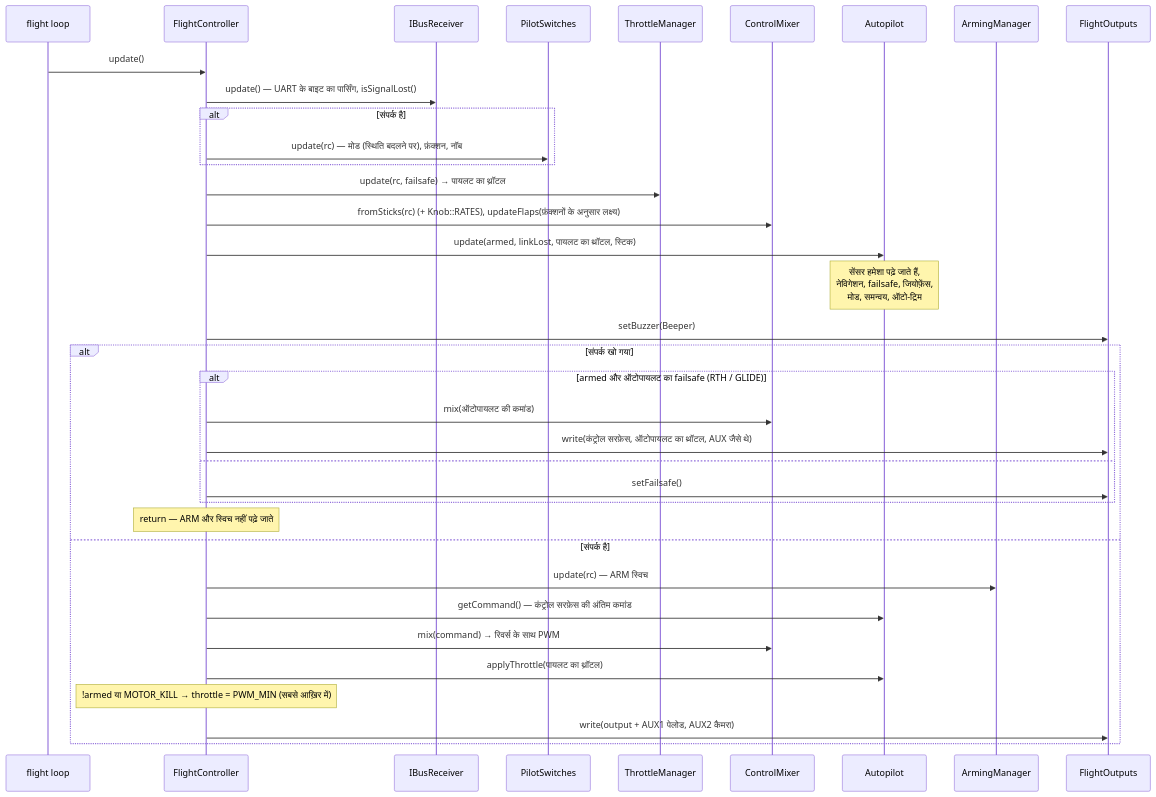
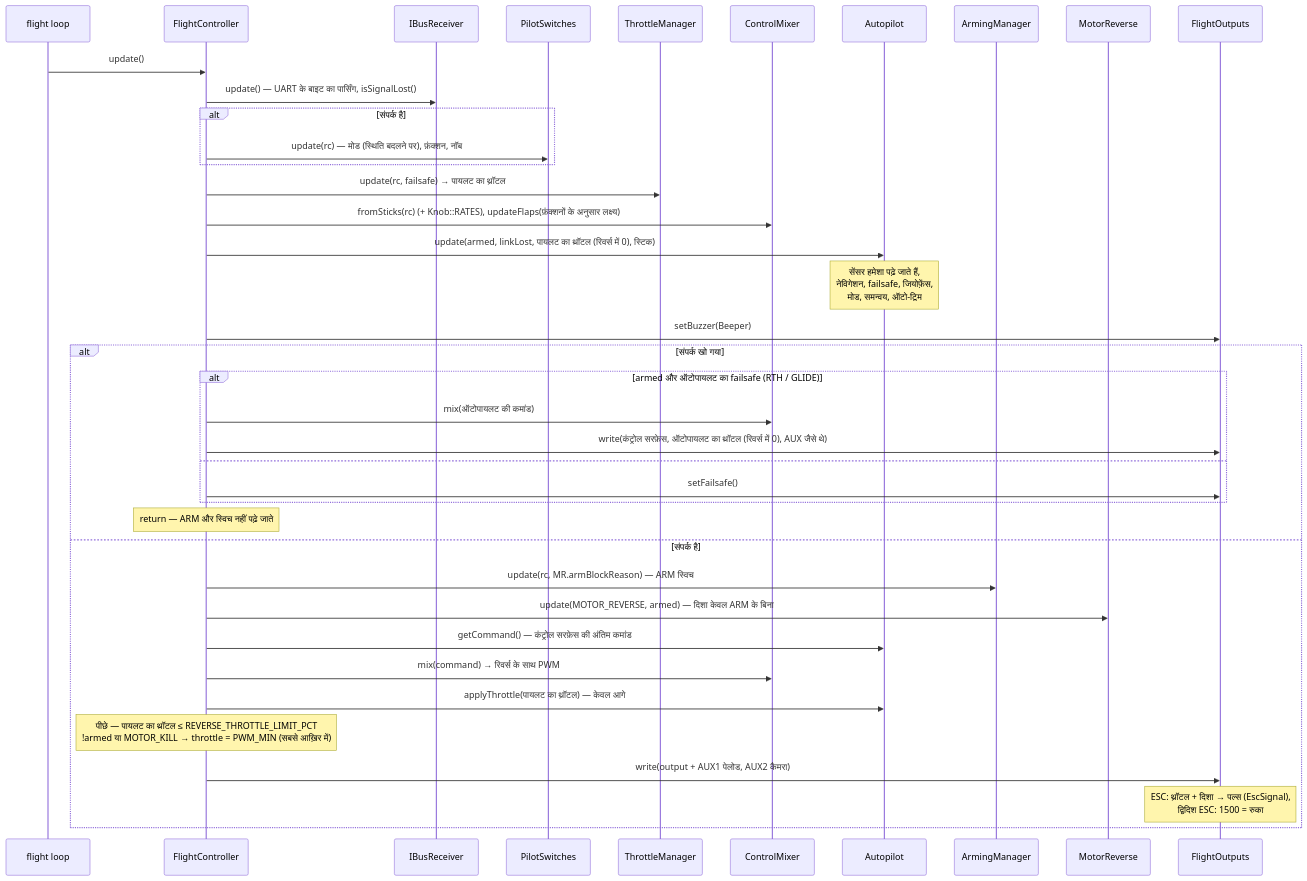
One commit to damir-lebedev/OpenPlaneProject changed the sixth of 11 diagrams in docs/i18n/hi/ARCHITECTURE.md. Above: the diagram before and after it, drawn with Mermaid. The commit also changed other lines of this file and 166 other files, not shown here.

First line of the commit message:
Make the bidirectional BLHeli 80A ESC the main one, with a disarm-only motor reverse

````diff
--- a/docs/i18n/hi/ARCHITECTURE.md
+++ b/docs/i18n/hi/ARCHITECTURE.md
@@ -355,39 +355,42 @@
 ```mermaid
 sequenceDiagram
     participant L as flight loop
     participant FC as FlightController
     participant RX as IBusReceiver
     participant SW as PilotSwitches
     participant TM as ThrottleManager
     participant MX as ControlMixer
     participant AP as Autopilot
     participant AM as ArmingManager
+    participant MR as MotorReverse
     participant OUT as FlightOutputs
 
     L->>FC: update()
     FC->>RX: update() — UART के बाइट का पार्सिंग, isSignalLost()
     alt संपर्क है
         FC->>SW: update(rc) — मोड (स्थिति बदलने पर), फ़ंक्शन, नॉब
     end
     FC->>TM: update(rc, failsafe) → पायलट का थ्रॉटल
     FC->>MX: fromSticks(rc) (+ Knob::RATES), updateFlaps(फ़ंक्शनों के अनुसार लक्ष्य)
-    FC->>AP: update(armed, linkLost, पायलट का थ्रॉटल, स्टिक)
+    FC->>AP: update(armed, linkLost, पायलट का थ्रॉटल (रिवर्स में 0), स्टिक)
     Note over AP: सेंसर हमेशा पढ़े जाते हैं,<br/>नेविगेशन, failsafe, जियोफ़ेंस,<br/>मोड, समन्वय, ऑटो-ट्रिम
     FC->>OUT: setBuzzer(Beeper)
     alt संपर्क खो गया
         alt armed और ऑटोपायलट का failsafe (RTH / GLIDE)
             FC->>MX: mix(ऑटोपायलट की कमांड)
-            FC->>OUT: write(कंट्रोल सरफ़ेस, ऑटोपायलट का थ्रॉटल, AUX जैसे थे)
+            FC->>OUT: write(कंट्रोल सरफ़ेस, ऑटोपायलट का थ्रॉटल (रिवर्स में 0), AUX जैसे थे)
         else
             FC->>OUT: setFailsafe()
         end
         Note over FC: return — ARM और स्विच नहीं पढ़े जाते
     else संपर्क है
-        FC->>AM: update(rc) — ARM स्विच
+        FC->>AM: update(rc, MR.armBlockReason) — ARM स्विच
+        FC->>MR: update(MOTOR_REVERSE, armed) — दिशा केवल ARM के बिना
         FC->>AP: getCommand() — कंट्रोल सरफ़ेस की अंतिम कमांड
         FC->>MX: mix(command) → रिवर्स के साथ PWM
-        FC->>AP: applyThrottle(पायलट का थ्रॉटल)
-        Note over FC: !armed या MOTOR_KILL → throttle = PWM_MIN (सबसे आख़िर में)
+        FC->>AP: applyThrottle(पायलट का थ्रॉटल) — केवल आगे
+        Note over FC: पीछे — पायलट का थ्रॉटल ≤ REVERSE_THROTTLE_LIMIT_PCT<br/>!armed या MOTOR_KILL → throttle = PWM_MIN (सबसे आख़िर में)
         FC->>OUT: write(output + AUX1 पेलोड, AUX2 कैमरा)
+        Note over OUT: ESC: थ्रॉटल + दिशा → पल्स (EscSignal),<br/>द्विदिश ESC: 1500 = रुका
     end
 ```
````
